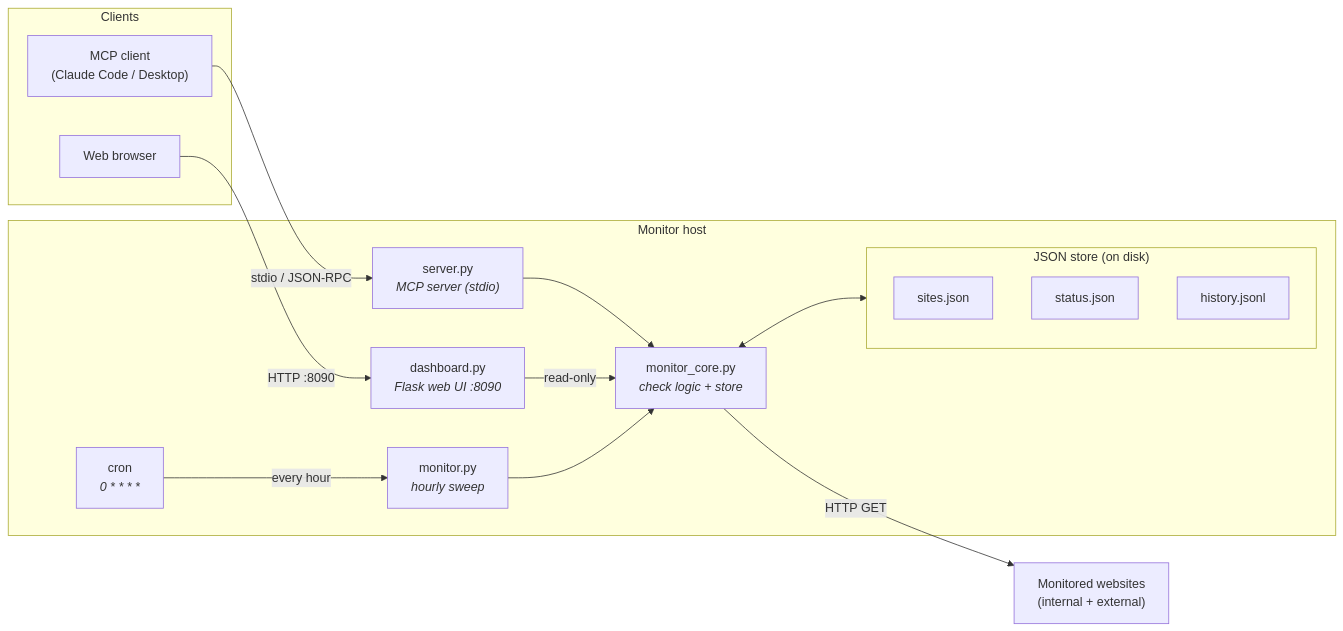
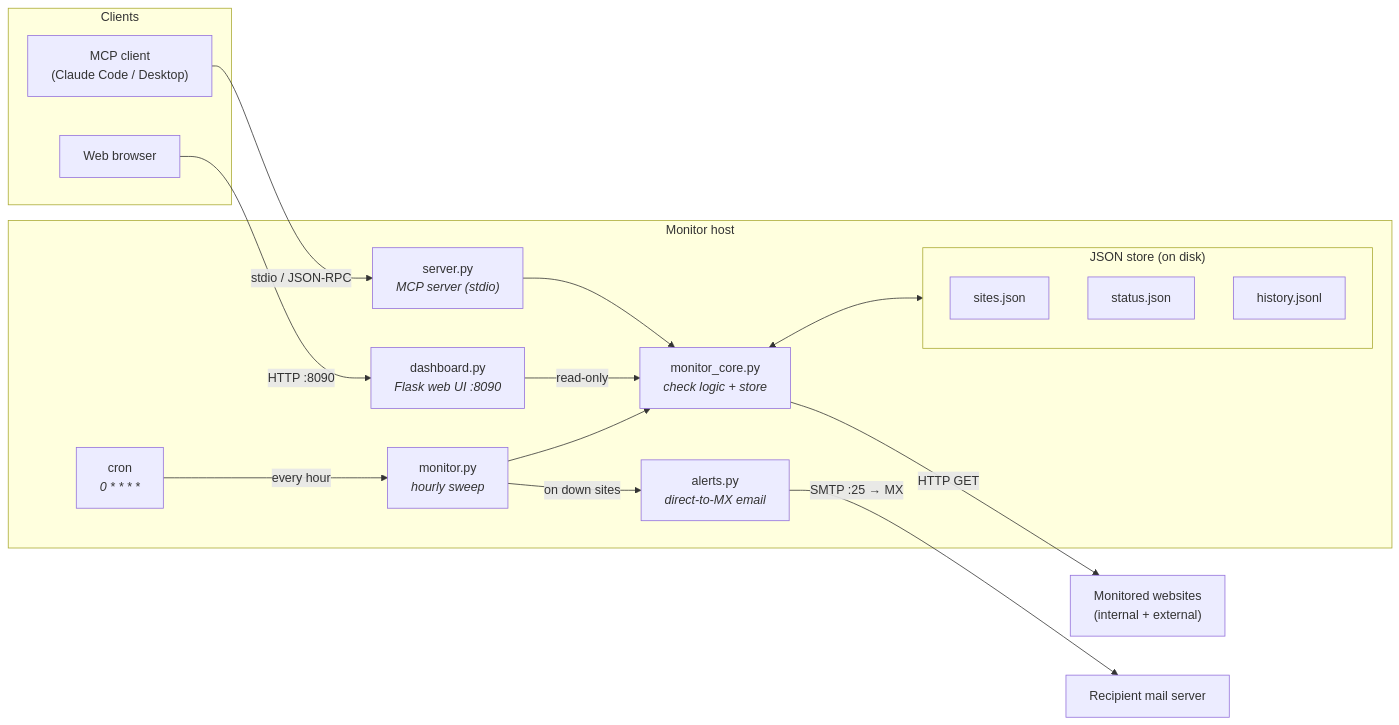
The diagram in README.md (siranjeevi93/website_checker), drawn with Mermaid before and after one commit. The commit also changed other lines of this file and 6 other files, not shown here.

First line of the commit message:
Add optional email alerts (direct-to-MX, no relay/MTA required)

````diff
--- a/README.md
+++ b/README.md
@@ -30,34 +31,37 @@
 ```mermaid
 flowchart LR
     subgraph clients["Clients"]
         MC["MCP client<br/>(Claude Code / Desktop)"]
         BR["Web browser"]
     end
 
     subgraph host["Monitor host"]
         SRV["server.py<br/><i>MCP server (stdio)</i>"]
         DASH["dashboard.py<br/><i>Flask web UI :8090</i>"]
         CRON["cron<br/><i>0 * * * *</i>"]
         MON["monitor.py<br/><i>hourly sweep</i>"]
         CORE["monitor_core.py<br/><i>check logic + store</i>"]
+        ALERT["alerts.py<br/><i>direct-to-MX email</i>"]
 
         subgraph store["JSON store (on disk)"]
             S1["sites.json"]
             S2["status.json"]
             S3["history.jsonl"]
         end
     end
 
     TARGETS["Monitored websites<br/>(internal + external)"]
 
     MC -- "stdio / JSON-RPC" --> SRV
     BR -- "HTTP :8090" --> DASH
     CRON -- "every hour" --> MON
 
     SRV --> CORE
     DASH -- "read-only" --> CORE
     MON --> CORE
+    MON -- "on down sites" --> ALERT
+    ALERT -- "SMTP :25 → MX" --> MAIL["Recipient mail server"]
 
     CORE -- "HTTP GET" --> TARGETS
     CORE <--> store
 ```
````
